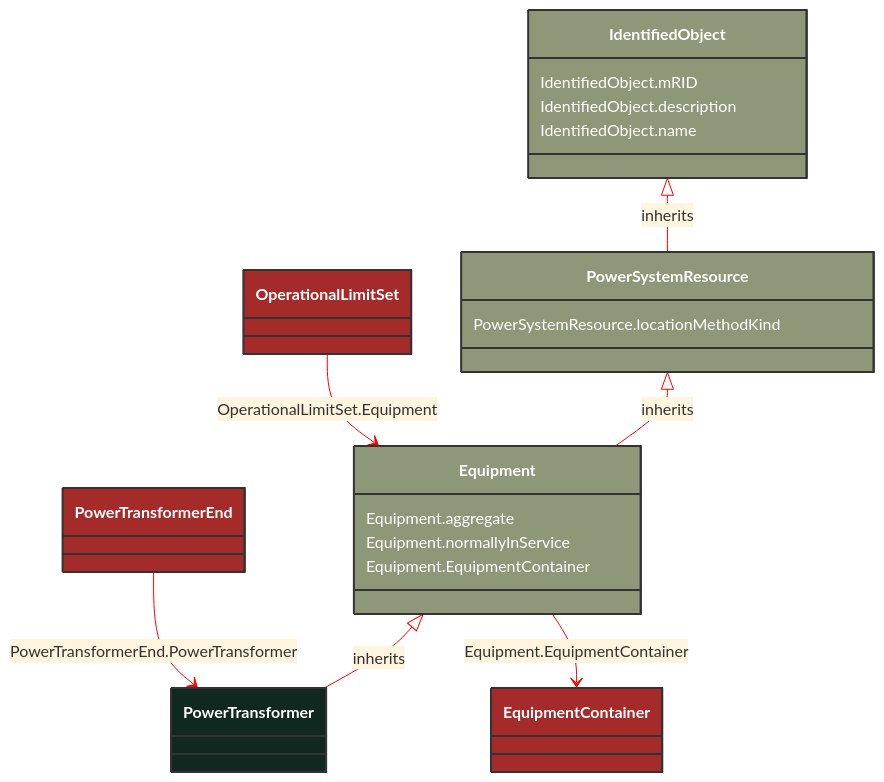
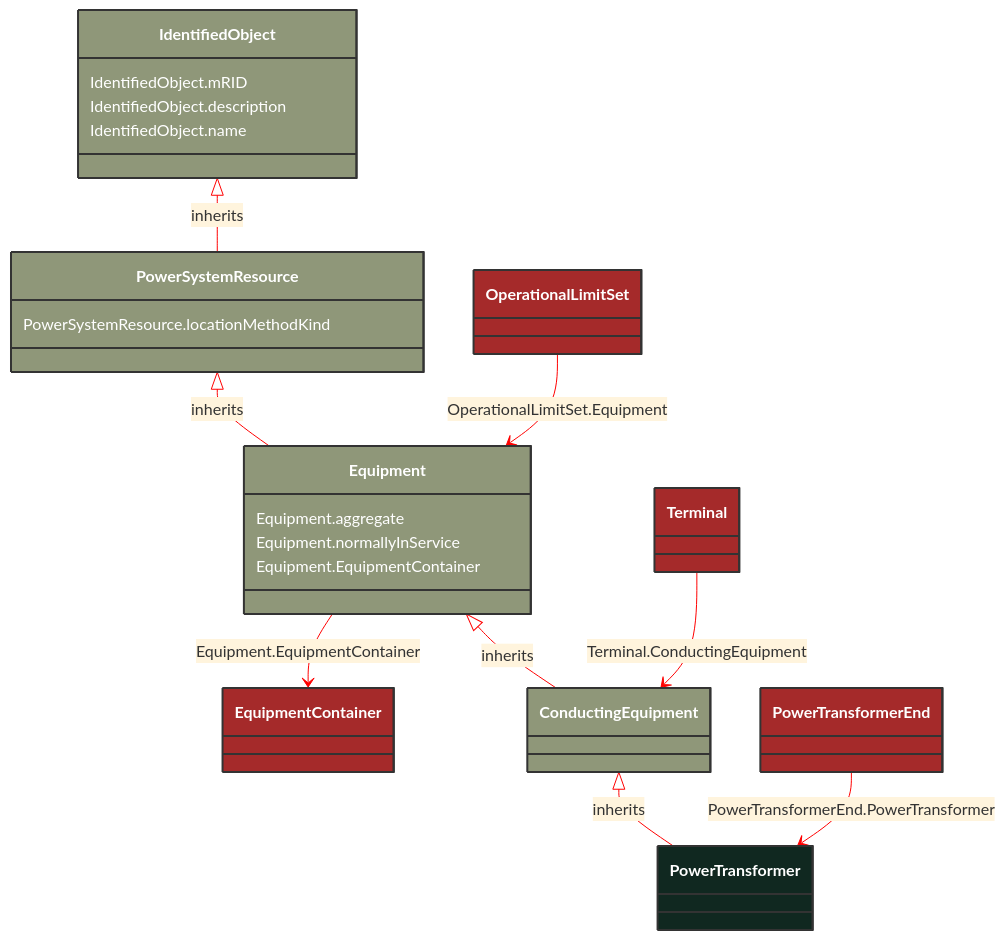
Before and after one commit to 3lbits/NoCIMExtensions: the diagram in docs/Models/Profiles/Telemark-120Equipment/ConcreteClasses/PowerTransformer.md, drawn with Mermaid. The commit also changed other lines of this file and 248 other files, not shown here.

````diff
--- a/docs/Models/Profiles/Telemark-120Equipment/ConcreteClasses/PowerTransformer.md
+++ b/docs/Models/Profiles/Telemark-120Equipment/ConcreteClasses/PowerTransformer.md
@@ -8,46 +8,56 @@
 ```mermaid
 %%{init: {'theme':'base','themeVariables': {'lineColor': '#FF0000'}}}%%
 classDiagram
     class PowerTransformer
     click PowerTransformer href "/Models/Profiles/Telemark-120Equipment/ConcreteClasses/PowerTransformer/"
     style PowerTransformer fill:#102820,stroke:#333,stroke-width:2px,rx:10,ry:10,color:white
      
-        Equipment <|-- PowerTransformer : inherits
+        ConductingEquipment <|-- PowerTransformer : inherits
+            click ConductingEquipment href "/Models/Profiles/Telemark-120Equipment/AbstractClasses/ConductingEquipment/"
+            style ConductingEquipment fill:#8F9779,stroke:#333,stroke-width:2px,rx:10,ry:10,color:white
+     
+        Equipment <|-- ConductingEquipment : inherits
             click Equipment href "/Models/Profiles/Telemark-120Equipment/AbstractClasses/Equipment/"
             style Equipment fill:#8F9779,stroke:#333,stroke-width:2px,rx:10,ry:10,color:white
      
         PowerSystemResource <|-- Equipment : inherits
             click PowerSystemResource href "/Models/Profiles/Telemark-120Equipment/AbstractClasses/PowerSystemResource/"
             style PowerSystemResource fill:#8F9779,stroke:#333,stroke-width:2px,rx:10,ry:10,color:white
      
         IdentifiedObject <|-- PowerSystemResource : inherits
             click IdentifiedObject href "/Models/Profiles/Telemark-120Equipment/AbstractClasses/IdentifiedObject/"
             style IdentifiedObject fill:#8F9779,stroke:#333,stroke-width:2px,rx:10,ry:10,color:white
 
         Equipment --> EquipmentContainer : Equipment.EquipmentContainer
 
         EquipmentContainer
-            click EquipmentContainer href "/Models/Profiles/Telemark-120Equipment/ConcreteClasses/EquipmentContainer/"
+            click EquipmentContainer href "/Models/Profiles/Telemark-120Equipment/AbstractClasses/EquipmentContainer/"
             style EquipmentContainer fill:#A52A2A,stroke:#333,stroke-width:2px,rx:10,ry:10,color:white
 
         OperationalLimitSet --> Equipment : OperationalLimitSet.Equipment
 
         OperationalLimitSet
             click OperationalLimitSet href "/Models/Profiles/Telemark-120Equipment/ConcreteClasses/OperationalLimitSet/"
             style OperationalLimitSet fill:#A52A2A,stroke:#333,stroke-width:2px,rx:10,ry:10,color:white
 
         PowerTransformerEnd --> PowerTransformer : PowerTransformerEnd.PowerTransformer
 
         PowerTransformerEnd
             click PowerTransformerEnd href "/Models/Profiles/Telemark-120Equipment/ConcreteClasses/PowerTransformerEnd/"
             style PowerTransformerEnd fill:#A52A2A,stroke:#333,stroke-width:2px,rx:10,ry:10,color:white
 
+        Terminal --> ConductingEquipment : Terminal.ConductingEquipment
+
+        Terminal
+            click Terminal href "/Models/Profiles/Telemark-120Equipment/ConcreteClasses/Terminal/"
+            style Terminal fill:#A52A2A,stroke:#333,stroke-width:2px,rx:10,ry:10,color:white
+
 
         Equipment : Equipment.aggregate
         Equipment : Equipment.normallyInService
         Equipment : Equipment.EquipmentContainer
         PowerSystemResource : PowerSystemResource.locationMethodKind
         IdentifiedObject : IdentifiedObject.mRID
         IdentifiedObject : IdentifiedObject.description
         IdentifiedObject : IdentifiedObject.name
 ```
````
